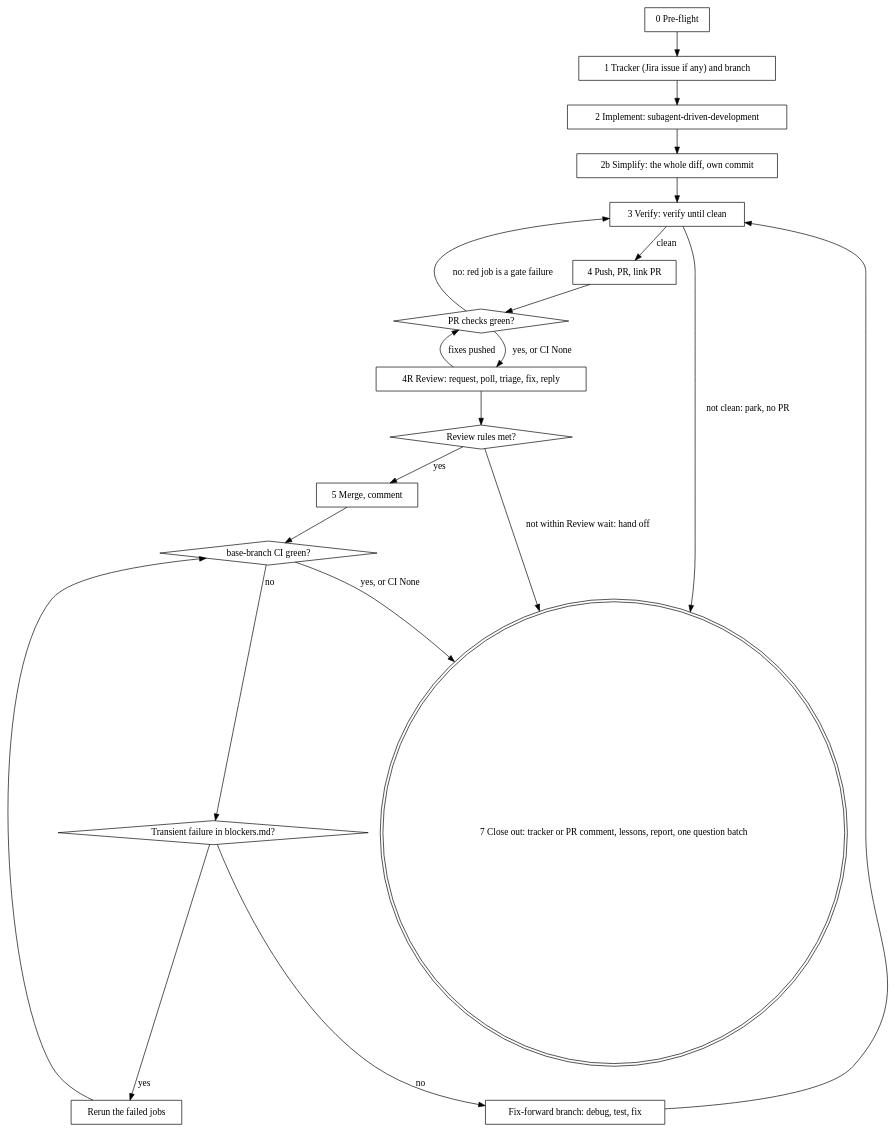
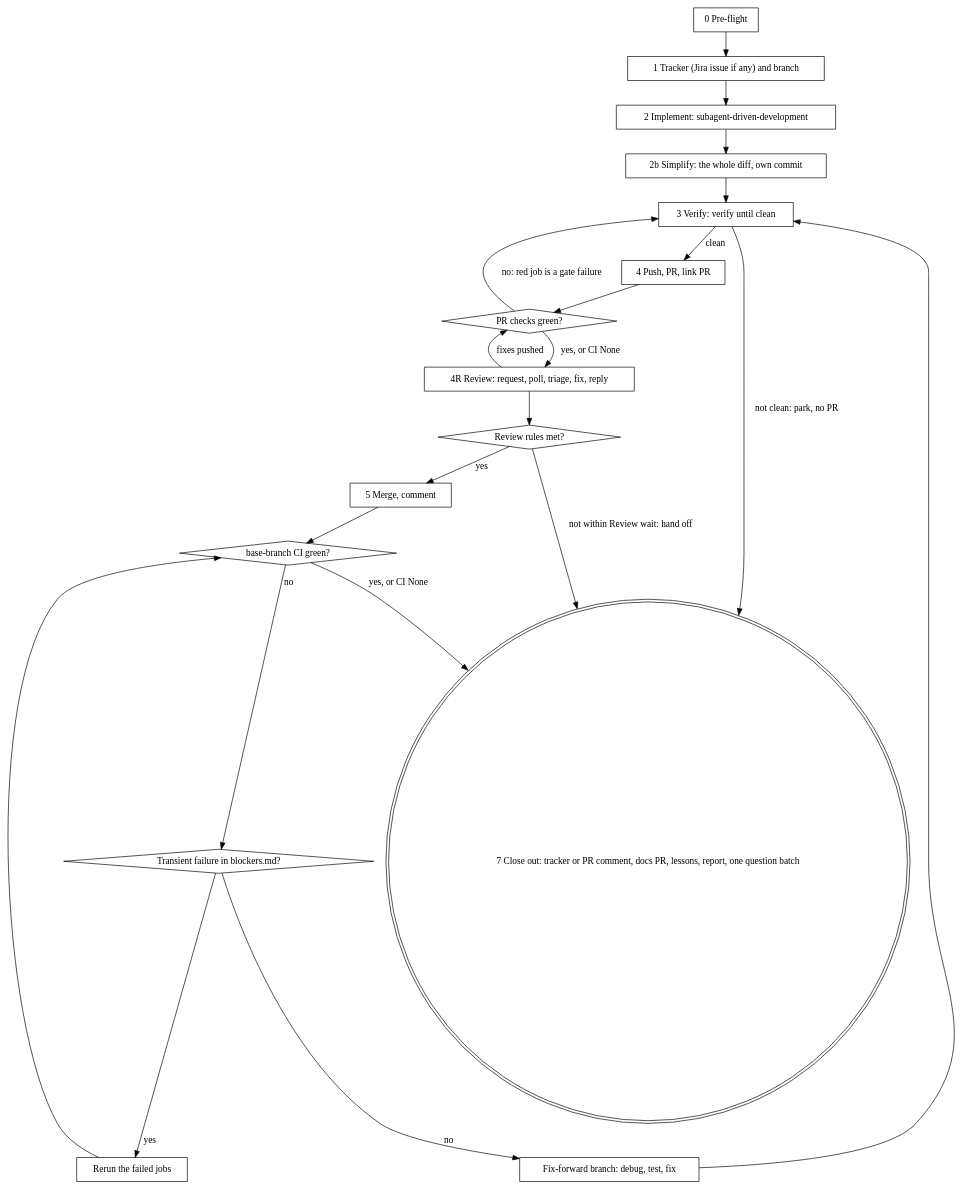
One commit to tarmopr/ai-skills changed the diagram in skills/ship-plan/SKILL.md. Above: the diagram before and after it, drawn with Graphviz. The commit also changed other lines of this file and 3 other files, not shown here.

````diff
--- a/skills/ship-plan/SKILL.md
+++ b/skills/ship-plan/SKILL.md
@@ -141,40 +142,40 @@
 ```dot
 digraph ship {
   "0 Pre-flight" [shape=box];
   "1 Tracker (Jira issue if any) and branch" [shape=box];
   "2 Implement: subagent-driven-development" [shape=box];
   "2b Simplify: the whole diff, own commit" [shape=box];
   "3 Verify: verify until clean" [shape=box];
   "4 Push, PR, link PR" [shape=box];
   "PR checks green?" [shape=diamond];
   "4R Review: request, poll, triage, fix, reply" [shape=box];
   "Review rules met?" [shape=diamond];
   "5 Merge, comment" [shape=box];
   "base-branch CI green?" [shape=diamond];
   "Transient failure in blockers.md?" [shape=diamond];
   "Rerun the failed jobs" [shape=box];
   "Fix-forward branch: debug, test, fix" [shape=box];
-  "7 Close out: tracker or PR comment, lessons, report, one question batch" [shape=doublecircle];
+  "7 Close out: tracker or PR comment, docs PR, lessons, report, one question batch" [shape=doublecircle];
 
   "0 Pre-flight" -> "1 Tracker (Jira issue if any) and branch";
   "1 Tracker (Jira issue if any) and branch" -> "2 Implement: subagent-driven-development";
   "2 Implement: subagent-driven-development" -> "2b Simplify: the whole diff, own commit";
   "2b Simplify: the whole diff, own commit" -> "3 Verify: verify until clean";
   "3 Verify: verify until clean" -> "4 Push, PR, link PR" [label="clean"];
-  "3 Verify: verify until clean" -> "7 Close out: tracker or PR comment, lessons, report, one question batch" [label="not clean: park, no PR"];
+  "3 Verify: verify until clean" -> "7 Close out: tracker or PR comment, docs PR, lessons, report, one question batch" [label="not clean: park, no PR"];
   "4 Push, PR, link PR" -> "PR checks green?";
   "PR checks green?" -> "3 Verify: verify until clean" [label="no: red job is a gate failure"];
   "PR checks green?" -> "4R Review: request, poll, triage, fix, reply" [label="yes, or CI None"];
   "4R Review: request, poll, triage, fix, reply" -> "PR checks green?" [label="fixes pushed"];
   "4R Review: request, poll, triage, fix, reply" -> "Review rules met?";
   "Review rules met?" -> "5 Merge, comment" [label="yes"];
-  "Review rules met?" -> "7 Close out: tracker or PR comment, lessons, report, one question batch" [label="not within Review wait: hand off"];
+  "Review rules met?" -> "7 Close out: tracker or PR comment, docs PR, lessons, report, one question batch" [label="not within Review wait: hand off"];
   "5 Merge, comment" -> "base-branch CI green?";
-  "base-branch CI green?" -> "7 Close out: tracker or PR comment, lessons, report, one question batch" [label="yes, or CI None"];
+  "base-branch CI green?" -> "7 Close out: tracker or PR comment, docs PR, lessons, report, one question batch" [label="yes, or CI None"];
   "base-branch CI green?" -> "Transient failure in blockers.md?" [label="no"];
   "Transient failure in blockers.md?" -> "Rerun the failed jobs" [label="yes"];
   "Rerun the failed jobs" -> "base-branch CI green?";
   "Transient failure in blockers.md?" -> "Fix-forward branch: debug, test, fix" [label="no"];
   "Fix-forward branch: debug, test, fix" -> "3 Verify: verify until clean";
 }
 ```
````
